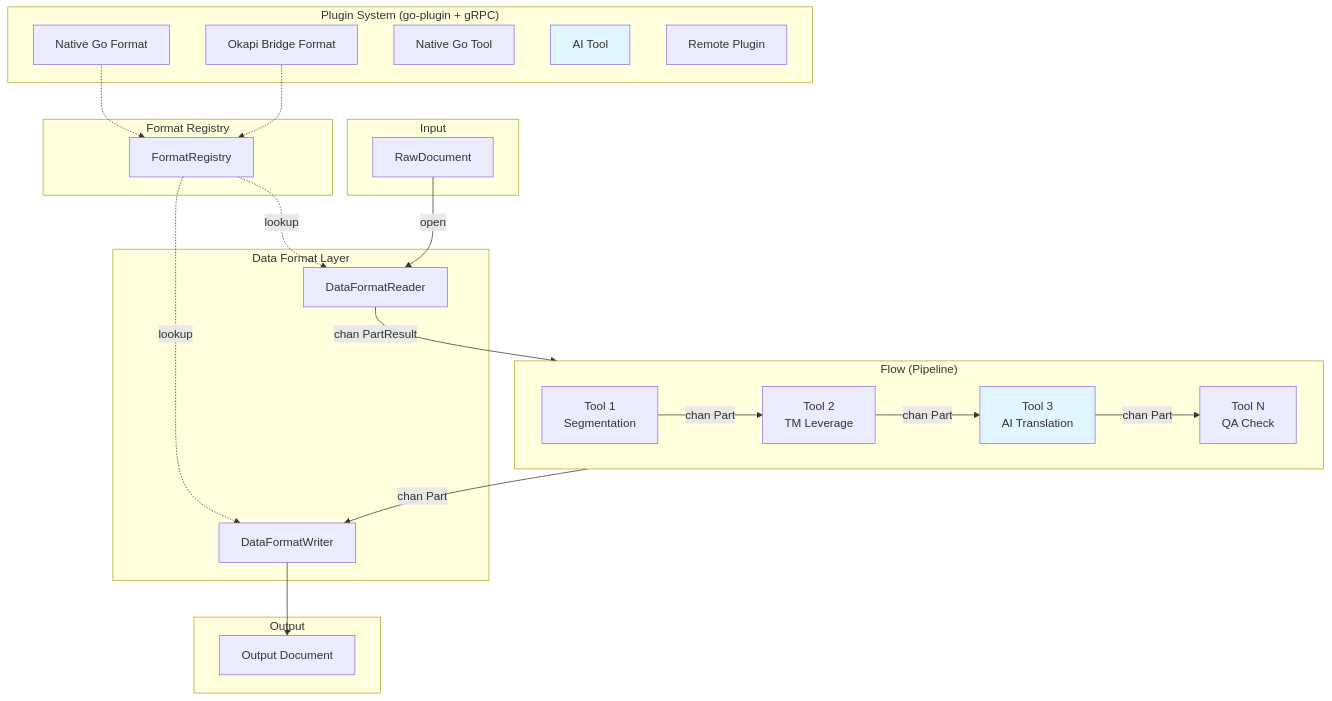
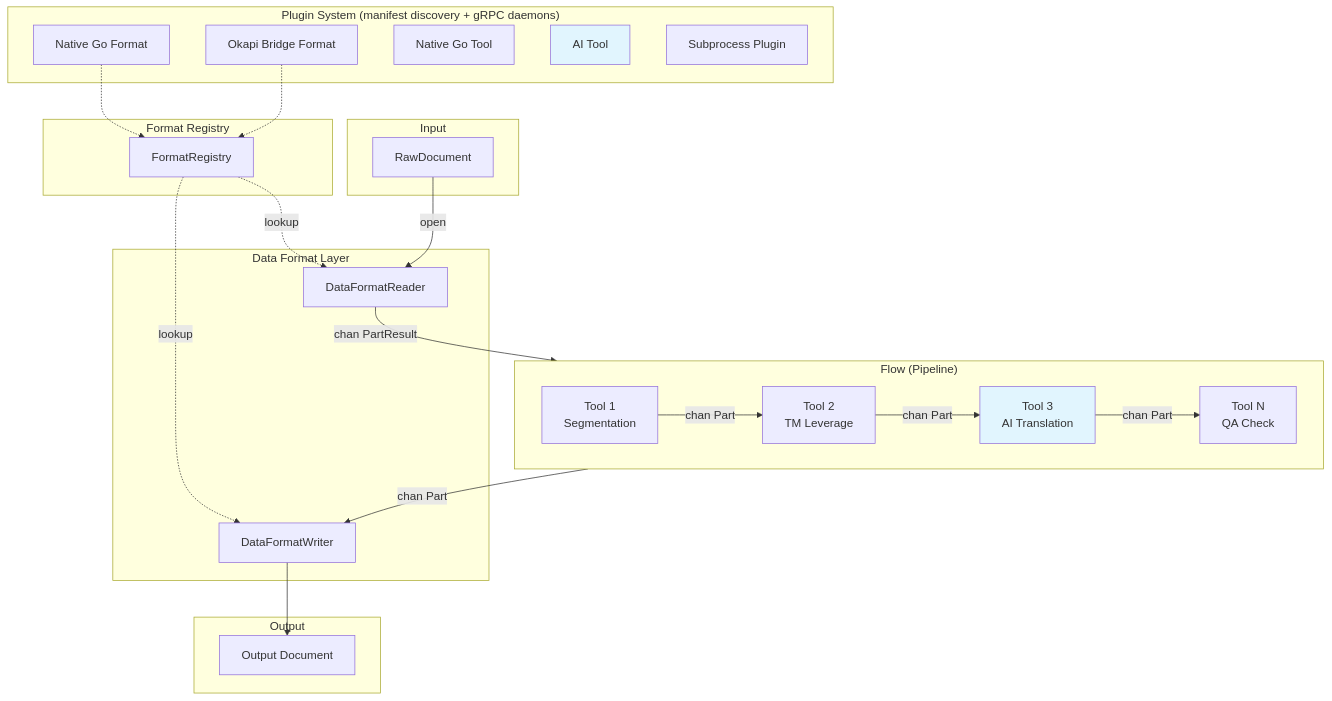
The first of 2 diagrams in docs/internals/ARCHITECTURE.md (neokapi/neokapi), drawn with Mermaid before and after one commit. The commit also changed other lines of this file and 2 other files, not shown here.

First line of the commit message:
docs(internals): refresh ARCHITECTURE/TESTING/INTERFACES to match current code

````diff
--- a/docs/internals/ARCHITECTURE.md
+++ b/docs/internals/ARCHITECTURE.md
@@ -9,51 +9,51 @@
 ```mermaid
 graph TB
     subgraph Input
         RD[RawDocument]
     end
 
     subgraph "Data Format Layer"
         DFR[DataFormatReader]
         DFW[DataFormatWriter]
     end
 
     subgraph "Flow (Pipeline)"
         direction LR
         T1[Tool 1<br/>Segmentation]
         T2[Tool 2<br/>TM Leverage]
         T3[Tool 3<br/>AI Translation]
         T4[Tool N<br/>QA Check]
         T1 -->|"chan Part"| T2
         T2 -->|"chan Part"| T3
         T3 -->|"chan Part"| T4
     end
 
     subgraph Output
         OUT[Output Document]
     end
 
     RD -->|open| DFR
     DFR -->|"chan PartResult"| T1
     T4 -->|"chan Part"| DFW
     DFW --> OUT
 
-    subgraph "Plugin System (go-plugin + gRPC)"
+    subgraph "Plugin System (manifest discovery + gRPC daemons)"
         P1[Native Go Format]
         P2[Okapi Bridge Format]
         P3[Native Go Tool]
         P4[AI Tool]
-        P5[Remote Plugin]
+        P5[Subprocess Plugin]
     end
 
     subgraph "Format Registry"
         FR[FormatRegistry]
     end
 
     FR -.->|lookup| DFR
     FR -.->|lookup| DFW
     P1 -.-> FR
     P2 -.-> FR
 
     style T3 fill:#e1f5fe
     style P4 fill:#e1f5fe
 ```
````
